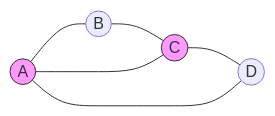
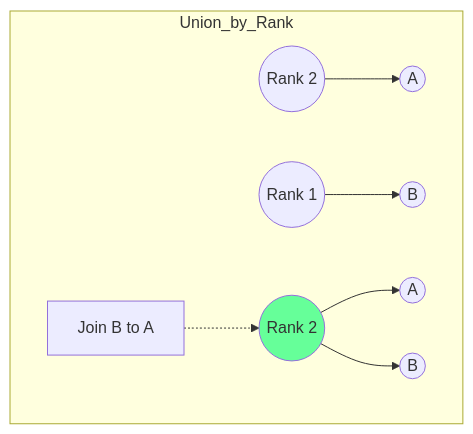
One commit to ajay99511/DSA_Pattern_Recognition changed the second of 3 diagrams in concepts/data_structures/graphs.md. Above: the diagram before and after it, drawn with Mermaid. The commit also changed other lines of this file and 12 other files, not shown here.

````diff
--- a/concepts/data_structures/graphs.md
+++ b/concepts/data_structures/graphs.md
@@ -14,11 +38,15 @@
 ```mermaid
-graph LR
-    A((A)) --- B((B))
-    B --- C((C))
-    C --- D((D))
-    D --- A
-    A --- C
+graph TD
+    subgraph Union_by_Rank
+    R1((Rank 2)) --> C1((A))
+    R2((Rank 1)) --> C2((B))
     
-    style A fill:#f9f,stroke:#333
-    style C fill:#f9f,stroke:#333
+    Logic[Join B to A]
+    
+    R1_Final((Rank 2)) --> C1_Final((A))
+    R1_Final --> R2_Final((B))
+    end
+    
+    Logic -.-> R1_Final
+    style R1_Final fill:#6f9
 ```
````
